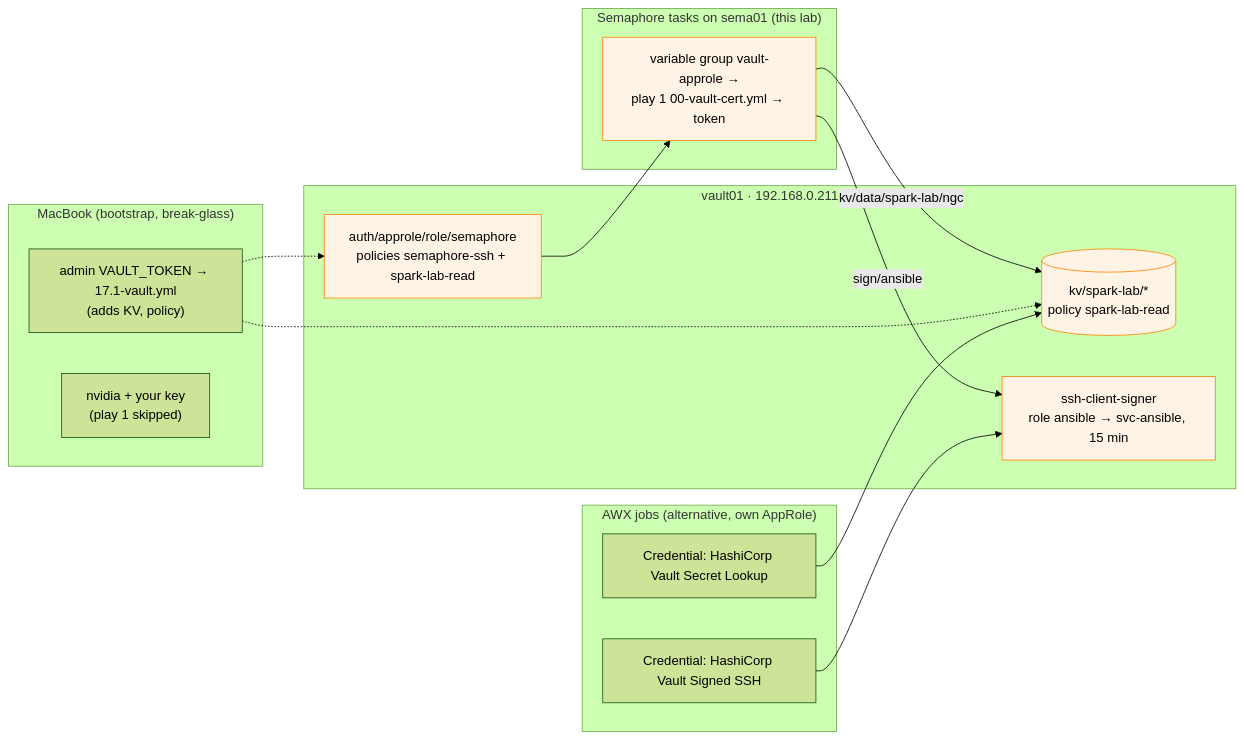
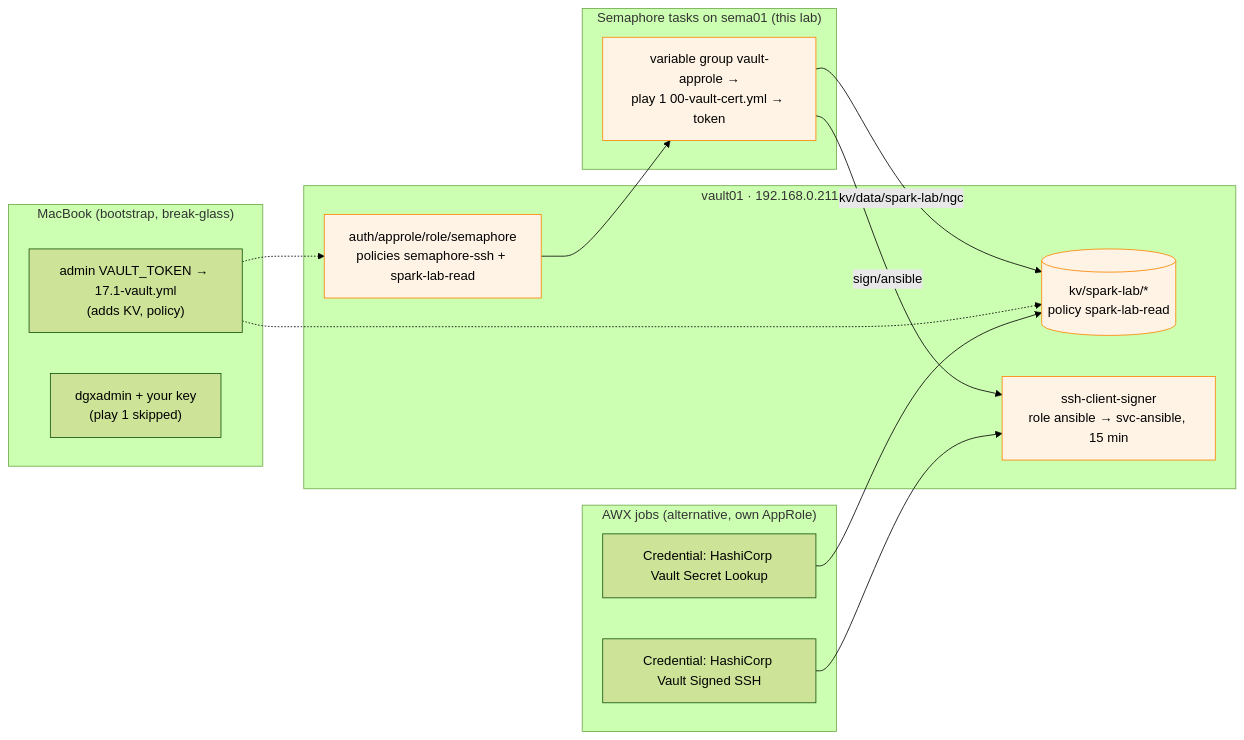
One commit to cloudone365/technical-depth changed the third of 3 diagrams in 01-Ansible/README.md. Above: the diagram before and after it, drawn with Mermaid (forest theme). The commit also changed other lines of this file and 36 other files, not shown here.

````diff
--- a/01-Ansible/README.md
+++ b/01-Ansible/README.md
@@ -209,27 +209,27 @@
 ```mermaid
 flowchart LR
   subgraph V["vault01 · 192.168.0.211"]
     KV[(kv/spark-lab/*<br/>policy spark-lab-read)]
     SSH["ssh-client-signer<br/>role ansible → svc-ansible, 15 min"]
     AR["auth/approle/role/semaphore<br/>policies semaphore-ssh + spark-lab-read"]
   end
   subgraph SEMA["Semaphore tasks on sema01 (this lab)"]
     P1["variable group vault-approle →<br/>play 1 00-vault-cert.yml → token"]
   end
   subgraph MAC["MacBook (bootstrap, break-glass)"]
     ADM["admin VAULT_TOKEN → 17.1-vault.yml<br/>(adds KV, policy)"]
-    BG["nvidia + your key<br/>(play 1 skipped)"]
+    BG["dgxadmin + your key<br/>(play 1 skipped)"]
   end
   subgraph AWX["AWX jobs (alternative, own AppRole)"]
     C1["Credential: HashiCorp Vault Secret Lookup"]
     C2["Credential: HashiCorp Vault Signed SSH"]
   end
   AR --> P1
   P1 -->|"sign/ansible"| SSH
   P1 -->|"kv/data/spark-lab/ngc"| KV
   ADM -.-> KV & AR
   C1 --> KV
   C2 --> SSH
   classDef mgmt fill:#fff3e6,stroke:#fb8500,color:#000
   class P1,SSH,AR,KV mgmt
 ```
````
